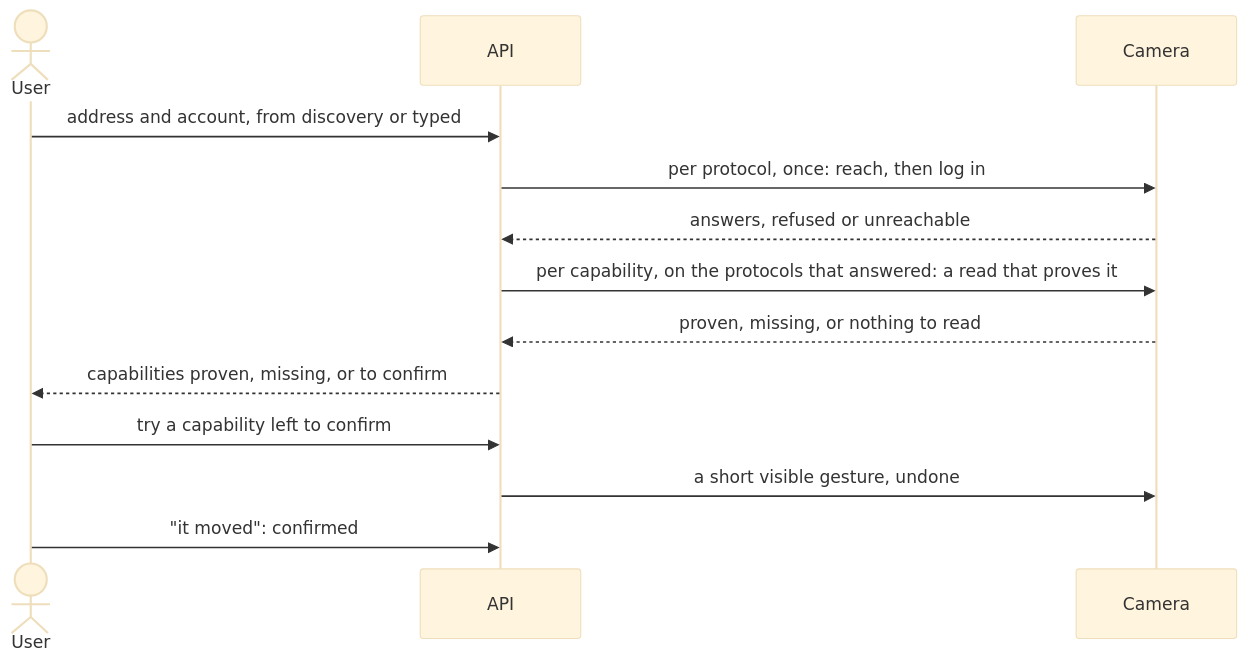
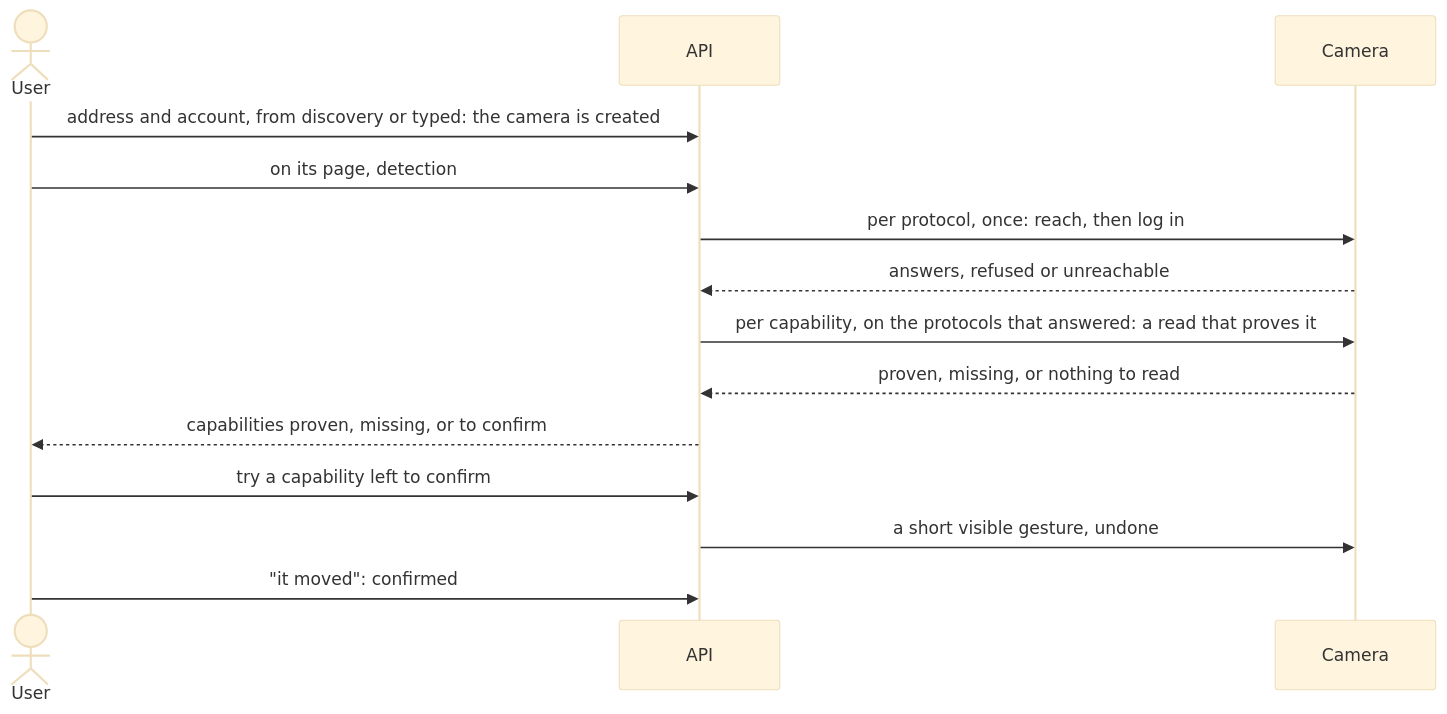
The fourth of 6 diagrams in docs/SAD.md (KelianS/vyzio), drawn with Mermaid (base theme) before and after one commit. The commit also changed other lines of this file and 7 other files, not shown here.

````diff
--- a/docs/SAD.md
+++ b/docs/SAD.md
@@ -164,15 +165,16 @@
 ```mermaid
 sequenceDiagram
     actor U as User
     participant A as API
     participant C as Camera
-    U->>A: address and account, from discovery or typed
+    U->>A: address and account, from discovery or typed: the camera is created
+    U->>A: on its page, detection
     A->>C: per protocol, once: reach, then log in
     C-->>A: answers, refused or unreachable
     A->>C: per capability, on the protocols that answered: a read that proves it
     C-->>A: proven, missing, or nothing to read
     A-->>U: capabilities proven, missing, or to confirm
     U->>A: try a capability left to confirm
     A->>C: a short visible gesture, undone
     U->>A: "it moved": confirmed
 ```
````
